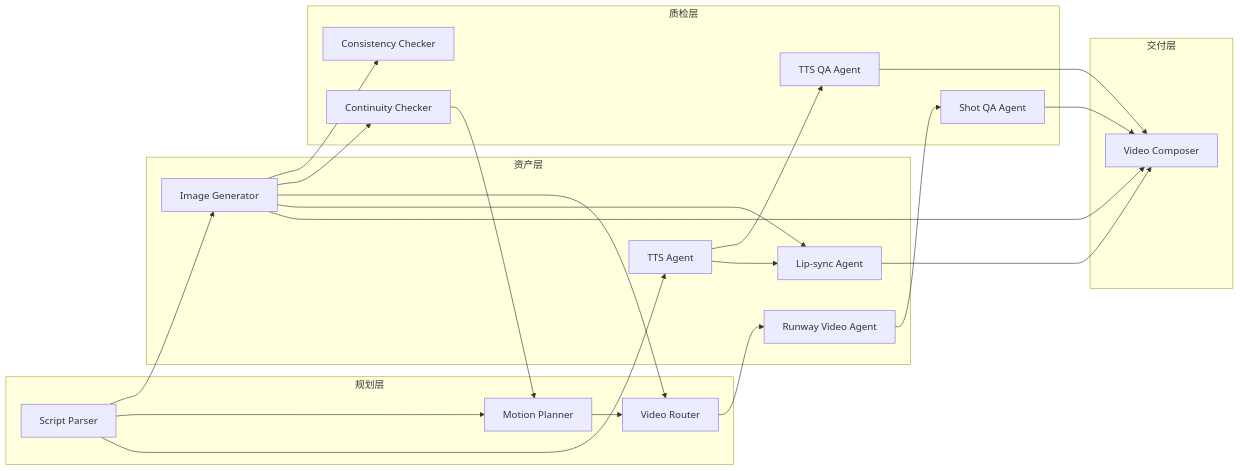
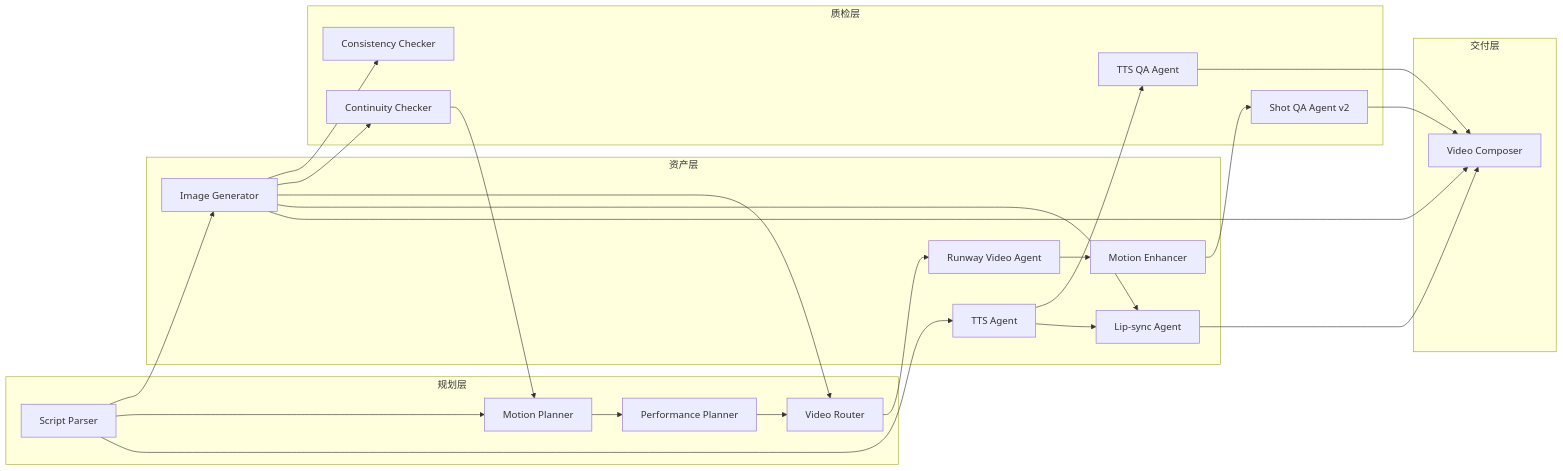
Before and after one commit to OliverPanda/AI-video-factory-pro: the second of 3 diagrams in docs/agents/agent-io-map.md, drawn with Mermaid. The commit also changed other lines of this file and 26 other files, not shown here.

````diff
--- a/docs/agents/agent-io-map.md
+++ b/docs/agents/agent-io-map.md
@@ -42,44 +44,48 @@
 ```mermaid
 flowchart LR
     subgraph Planning[规划层]
         SP[Script Parser]
         MP[Motion Planner]
+        PP[Performance Planner]
         VR[Video Router]
     end
 
     subgraph Asset[资产层]
         IG[Image Generator]
         RV[Runway Video Agent]
+        ME[Motion Enhancer]
         TTS[TTS Agent]
         LS[Lip-sync Agent]
     end
 
     subgraph QA[质检层]
         CC[Consistency Checker]
         CQ[Continuity Checker]
-        SQ[Shot QA Agent]
+        SQ[Shot QA Agent v2]
         TQ[TTS QA Agent]
     end
 
     subgraph Delivery[交付层]
         VC[Video Composer]
     end
 
     SP --> IG
     IG --> CC
     IG --> CQ
     SP --> MP
     CQ --> MP
-    MP --> VR
+    MP --> PP
+    PP --> VR
     IG --> VR
     VR --> RV
-    RV --> SQ
+    RV --> ME
+    ME --> SQ
     SP --> TTS
     TTS --> TQ
     IG --> LS
     TTS --> LS
     SQ --> VC
     LS --> VC
     IG --> VC
     TQ --> VC
 ```
````
